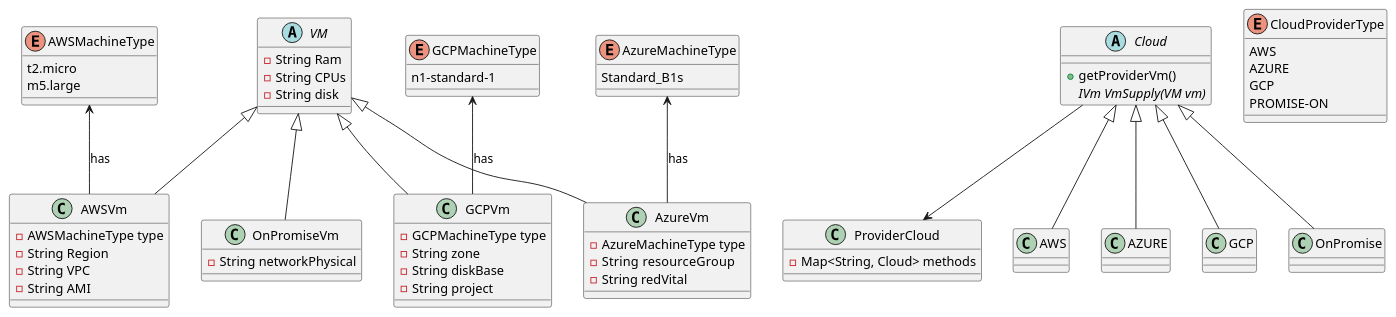
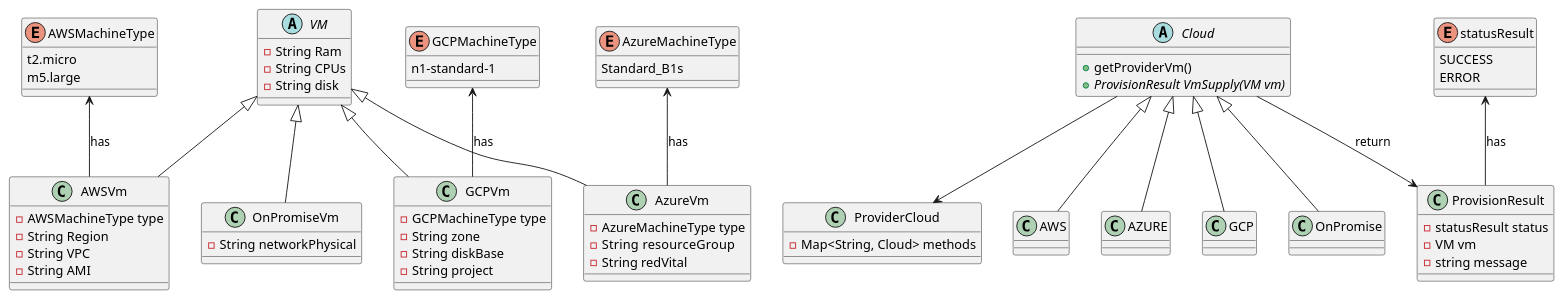
Before and after one commit to david123456858/Design-patterns-Cloud: the diagram in uml/class.wsd, drawn with PlantUML.

Commit message:
avance en uml

```diff
--- a/uml/class.wsd
+++ b/uml/class.wsd
@@ -1,81 +1,91 @@
 @startuml cloud-factory
 abstract class VM {
 - String Ram
 - String CPUs
 - String disk
 }
 
 enum AWSMachineType{
 t2.micro 
 m5.large
 }
 enum AzureMachineType {
 Standard_B1s
 }
 enum GCPMachineType {
 n1-standard-1
 }
 
 class AWSVm {
 - AWSMachineType type
 - String Region
 - String VPC
 - String AMI
 }
 class AzureVm{
 - AzureMachineType type
 - String  resourceGroup
 - String redVital
 }
 class GCPVm{
 - GCPMachineType type
 - String zone
 - String diskBase
 - String project
 }
 class OnPromiseVm{
     - String networkPhysical
 }
 
 abstract class Cloud{
 + getProviderVm()
-{abstract} IVm VmSupply(VM vm)
++ {abstract} ProvisionResult VmSupply(VM vm)
 }
 
 class ProviderCloud {
     - Map<String, Cloud> methods
 }
 
 class AWS{}
 class AZURE{}
 class GCP{}
 class OnPromise{}
 
 Cloud <|-- AWS
 Cloud <|-- GCP
 Cloud <|-- AZURE
 Cloud <|-- OnPromise
 
 ' AWS --> AWSVm : create
 ' AZURE --> AzureVm : create
 ' GCP --> GCPVm : create
 
 Cloud --> ProviderCloud
 
 VM <|-- AzureVm
 VM <|-- GCPVm
 VM <|-- AWSVm
 VM <|-- OnPromiseVm
 
 AzureMachineType <-- AzureVm : has
 AWSMachineType <-- AWSVm : has
 GCPMachineType <-- GCPVm : has 
 
-enum CloudProviderType {
-    AWS 
-    AZURE
-    GCP
-    PROMISE-ON
+
+
+enum statusResult {
+    SUCCESS
+    ERROR
 }
 
+class ProvisionResult {
+    - statusResult status
+    - VM vm
+    - string message
+}
+
+Cloud --> ProvisionResult: return
+statusResult <-- ProvisionResult : has
+
+
 @enduml
```
